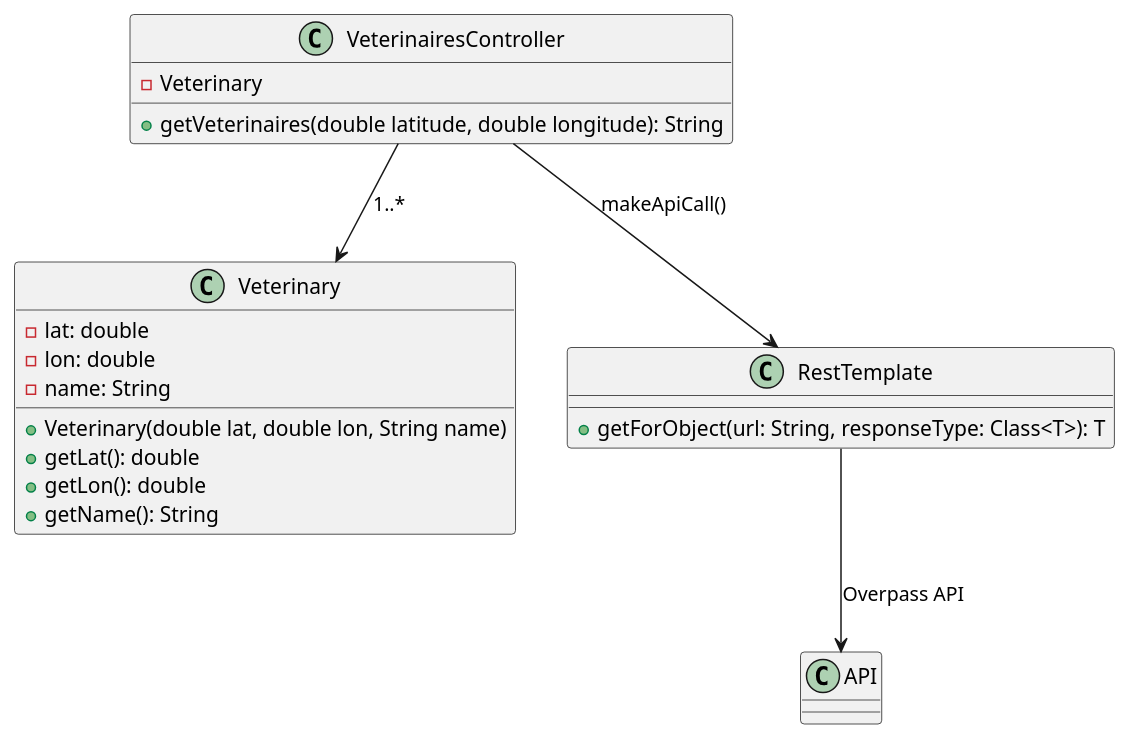
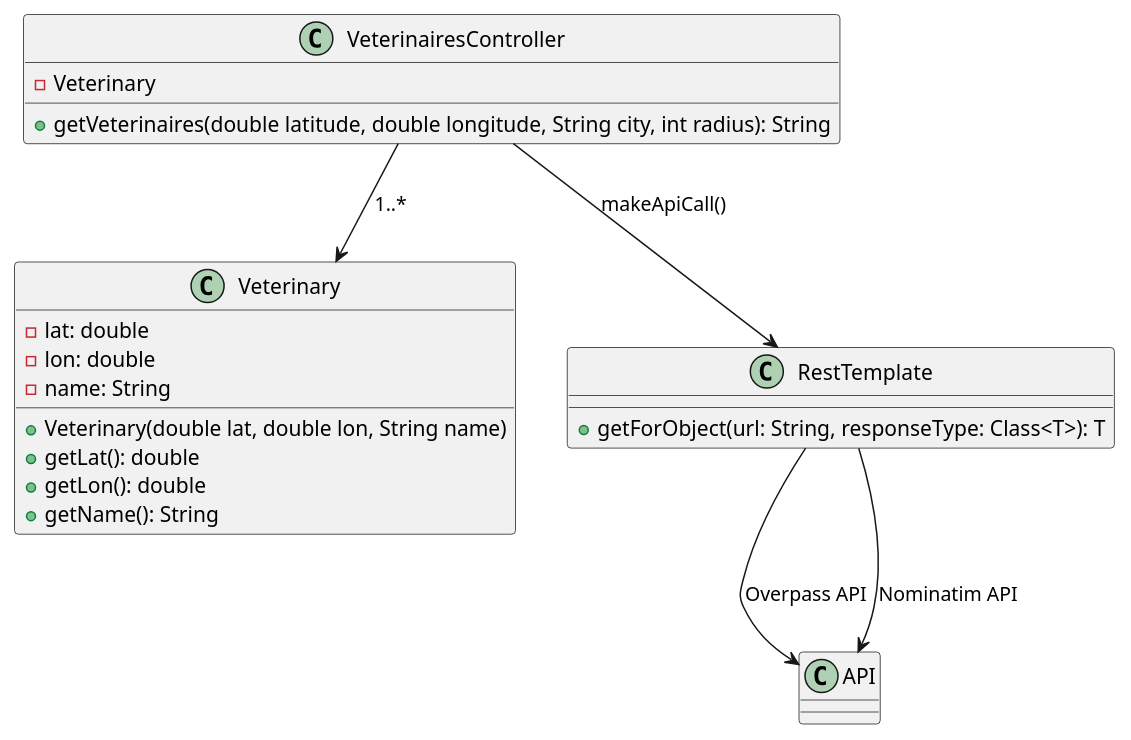
The second of 6 diagrams in docs/documentation.adoc (malek62-info/LoveMyPet), drawn with PlantUML before and after one commit. The commit also changed other lines of this file and 11 other files, not shown here.

```diff
--- a/docs/documentation.adoc
+++ b/docs/documentation.adoc
@@ -384,26 +387,27 @@
 [plantuml]
 ----
 class VeterinairesController {
-    +getVeterinaires(double latitude, double longitude): String
+    +getVeterinaires(double latitude, double longitude, String city, int radius): String
     -Veterinary
 }
 
 class Veterinary {
     -lat: double
     -lon: double
     -name: String
 
     +Veterinary(double lat, double lon, String name)
     +getLat(): double
     +getLon(): double
     +getName(): String
 }
 
 class RestTemplate {
     +getForObject(url: String, responseType: Class<T>): T
 }
 
 VeterinairesController --> Veterinary: "1..*"
 VeterinairesController --> RestTemplate: makeApiCall()
 RestTemplate --> API: Overpass API
+RestTemplate --> API: Nominatim API
 ----
```
